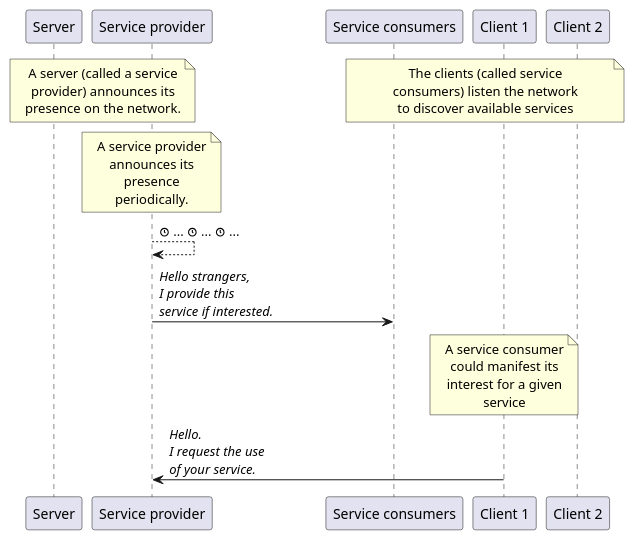
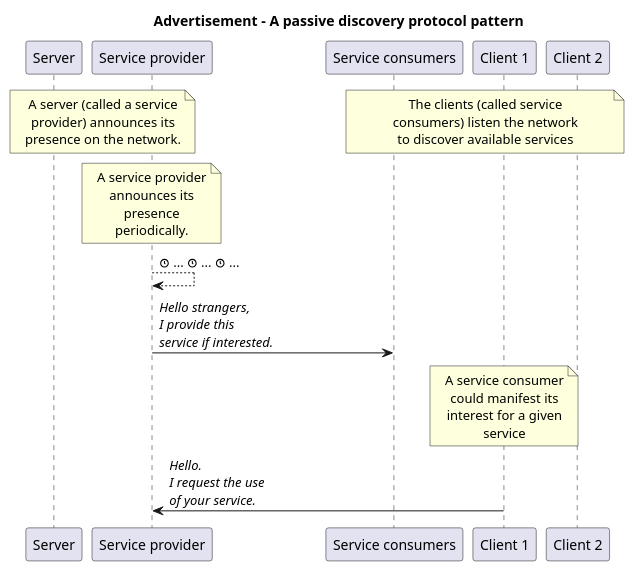
The diagram in 17-java-udp-programming/images/service-discovery-protocols-advertisement.plantuml (heig-vd-dai-course/heig-vd-dai-course), drawn with PlantUML before and after one commit. The commit also changed 7 other files, not shown here.

```diff
--- a/17-java-udp-programming/images/service-discovery-protocols-advertisement.plantuml
+++ b/17-java-udp-programming/images/service-discovery-protocols-advertisement.plantuml
@@ -1,40 +1,42 @@
 @startuml advertisement
 skinparam noteTextAlignment center
+
+title "Advertisement - A passive discovery protocol pattern"
 
 participant "Server" as server
 participant "Service provider" as provider
 participant "Service consumers" as consumers
 participant "Client 1" as client1
 participant "Client 2" as client2
 
 note over server, provider
 A server (called a service
 provider) announces its
 presence on the network.
 end note
 
 / note over consumers, client2
 The clients (called service
 consumers) listen the network
 to discover available services
 end note
 
 note over provider
 A service provider
 announces its
 presence
 periodically.
 end note
 
 provider --> provider: <&clock> ... <&clock> ... <&clock> ...
 provider -> consumers : <i>Hello strangers,</i>\n<i>I provide this</i>\n<i>service if interested.</i>
 
 note over client1
 A service consumer
 could manifest its
 interest for a given
 service
 end note
 
 client1 -> provider: <i>Hello.</i>\n<i>I request the use</i>\n<i>of your service.</i>
 @enduml
```
